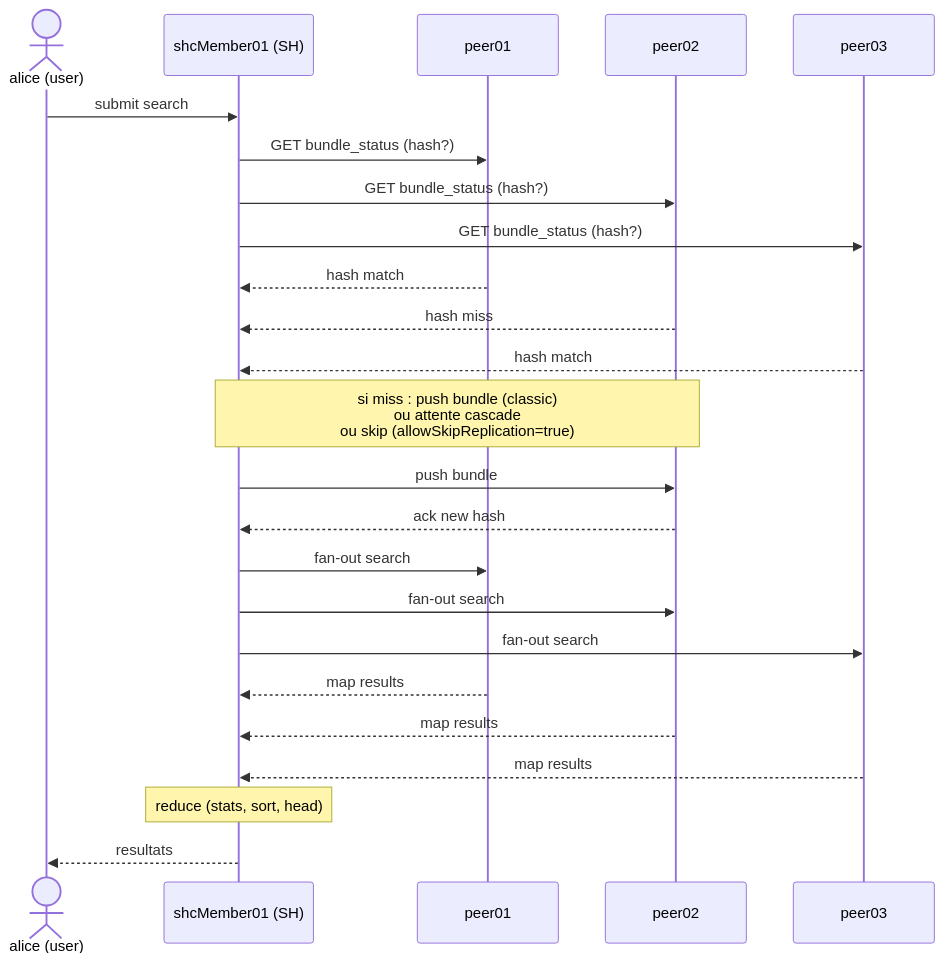
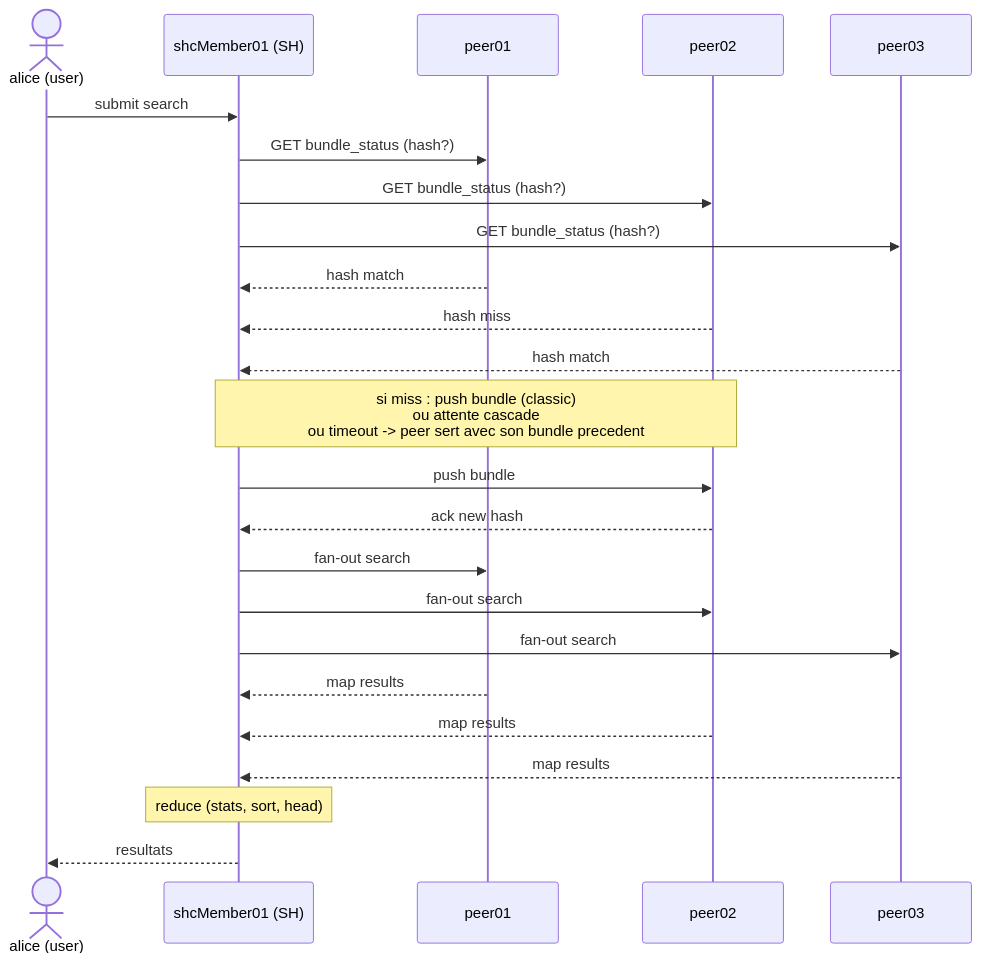
One commit to rafiki31130/knowledge_base changed the diagram in handbooks/splunk-shc-knowledge-bundle/04-sequence-recherche-distribuee.md. Above: the diagram before and after it, drawn with Mermaid. The commit also changed other lines of this file and 4 other files, not shown here.

Commit message:
fix(handbook): remove allowSkipReplication invention (FR chap 02/03/04/05/99)

````diff
--- a/handbooks/splunk-shc-knowledge-bundle/04-sequence-recherche-distribuee.md
+++ b/handbooks/splunk-shc-knowledge-bundle/04-sequence-recherche-distribuee.md
@@ -48,27 +48,27 @@
 ```mermaid
 sequenceDiagram
     actor U as alice (user)
     participant SH as shcMember01 (SH)
     participant P1 as peer01
     participant P2 as peer02
     participant P3 as peer03
 
     U->>SH: submit search
     SH->>P1: GET bundle_status (hash?)
     SH->>P2: GET bundle_status (hash?)
     SH->>P3: GET bundle_status (hash?)
     P1-->>SH: hash match
     P2-->>SH: hash miss
     P3-->>SH: hash match
-    Note over SH,P2: si miss : push bundle (classic)<br/>ou attente cascade<br/>ou skip (allowSkipReplication=true)
+    Note over SH,P2: si miss : push bundle (classic)<br/>ou attente cascade<br/>ou timeout -> peer sert avec son bundle precedent
     SH->>P2: push bundle
     P2-->>SH: ack new hash
     SH->>P1: fan-out search
     SH->>P2: fan-out search
     SH->>P3: fan-out search
     P1-->>SH: map results
     P2-->>SH: map results
     P3-->>SH: map results
     Note over SH: reduce (stats, sort, head)
     SH-->>U: resultats
 ```
````
